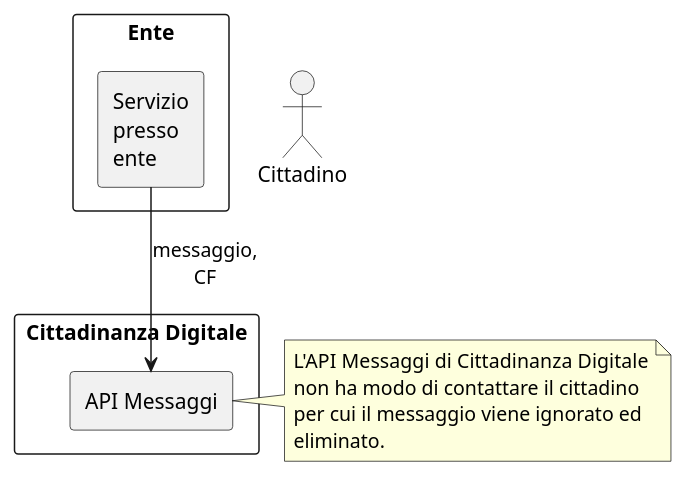
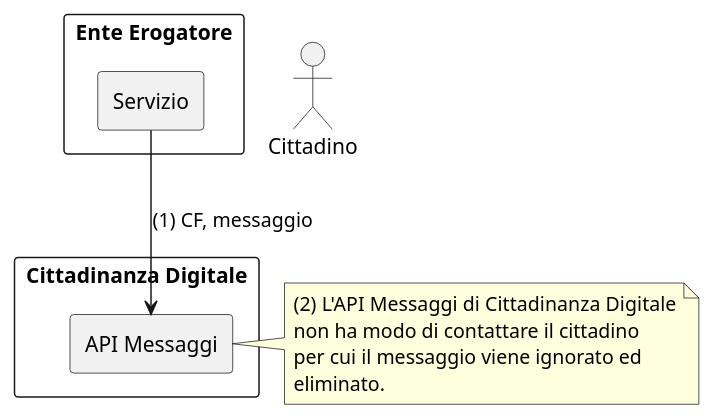
The diagram in gdpr/diagrams/messaggio-noprofile.puml (pagopa-archive/io), drawn with PlantUML before and after one commit. The commit also changed 5 other files, not shown here.

```diff
--- a/gdpr/diagrams/messaggio-noprofile.puml
+++ b/gdpr/diagrams/messaggio-noprofile.puml
@@ -1,22 +1,22 @@
 @startuml
 
-rectangle Ente {
-  agent "Servizio\npresso\nente" as ente
+rectangle "Ente Erogatore" {
+  agent "Servizio" as ente
 }
 
 rectangle "Cittadinanza Digitale" {
   agent "API Messaggi" as apimessaggi
 }
 
 :Cittadino: as cittadino
 
-ente --> apimessaggi : messaggio,\nCF
+ente --> apimessaggi : (1) CF, messaggio
 
 note right of apimessaggi
-  L'API Messaggi di Cittadinanza Digitale
+  (2) L'API Messaggi di Cittadinanza Digitale
   non ha modo di contattare il cittadino
   per cui il messaggio viene ignorato ed
   eliminato.
 end note
 
 @enduml
```
